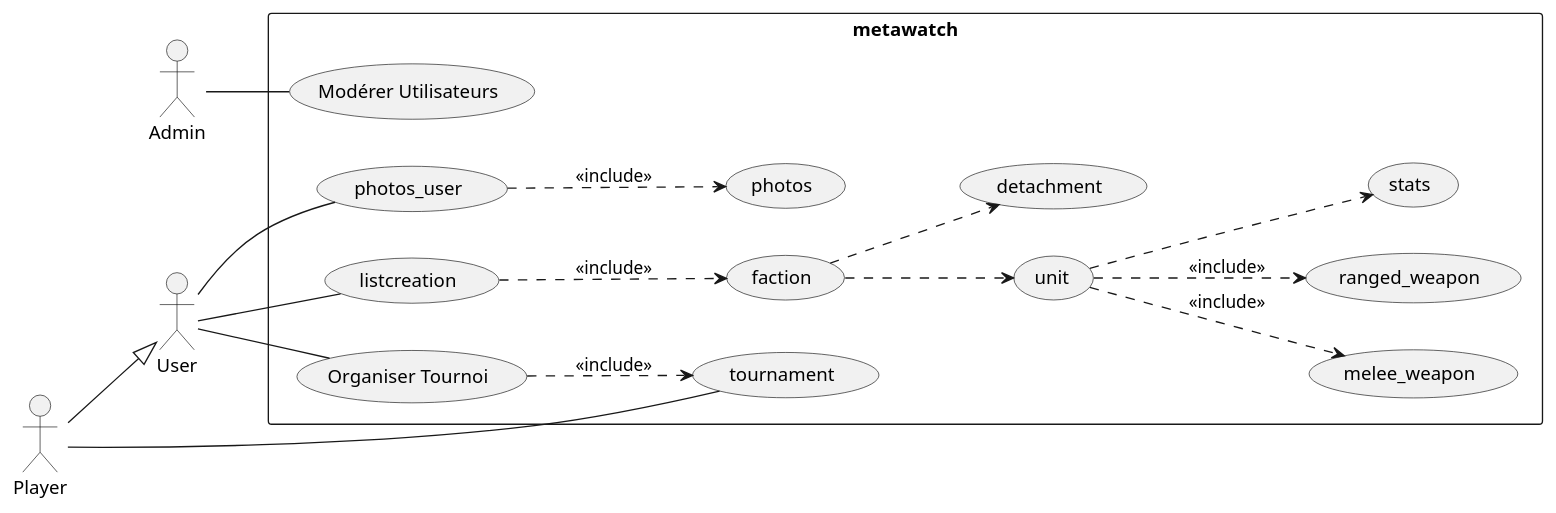
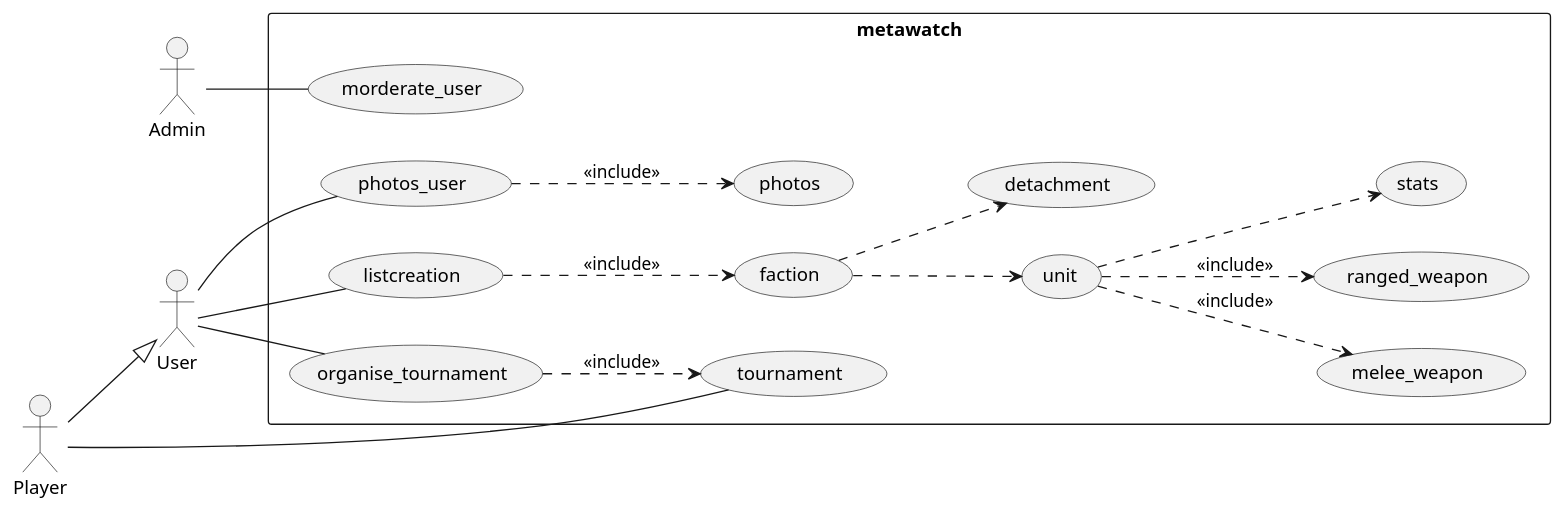
One commit to Milao-thafly/meta-watch changed the diagram in Mcd.wsd. Above: the diagram before and after it, drawn with PlantUML. The commit also changed 109 other files, not shown here.

```diff
--- a/Mcd.wsd
+++ b/Mcd.wsd
@@ -1,44 +1,44 @@
 @startuml ListCreationDiagram
 left to right direction
 skinparam packageStyle rect
 
 actor "User" as user
 actor "Player" as player
 actor "Admin" as admin
 
 
 
 rectangle metawatch {
     (photos_user)
     (photos)
     (tournament)
     (listcreation)
     (faction)
     (unit)
     (detachment)
     (melee_weapon)
     (ranged_weapon)
     (stats)
 
 
-    (Modérer Utilisateurs) as moderate
-    (Organiser Tournoi) as org_tournament
+    (morderate_user) as moderate
+    (organise_tournament) as org_tournament
 
     admin -- moderate
     user -- (listcreation)
     user -- (photos_user)
     player --|> user
     user -- (org_tournament)
     player -- (tournament)
     
     
     (listcreation) ..> (faction) : <<include>>
     (photos_user) ..> (photos): <<include>>
     (faction) ..> (unit)
     (faction) ..> (detachment)
     (unit) ..> (melee_weapon) : <<include>>
     (unit) ..> (ranged_weapon) : <<include>>
     (unit) ..> (stats)
     (org_tournament) ..> tournament : <<include>>
 }
 @enduml
```
